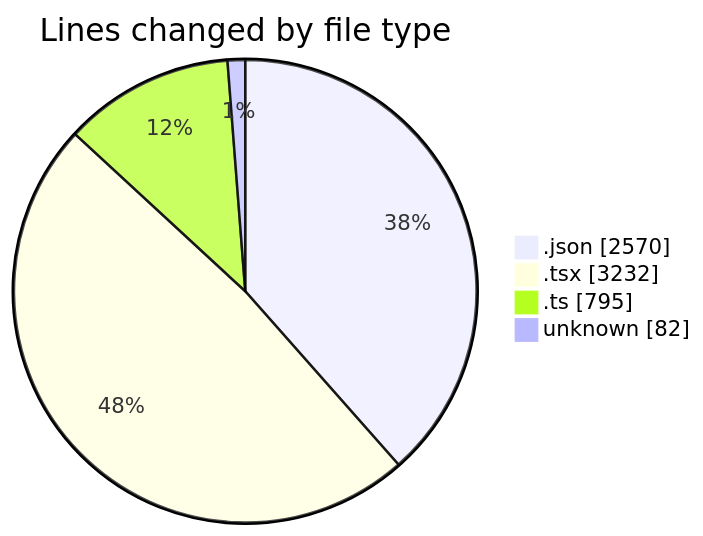
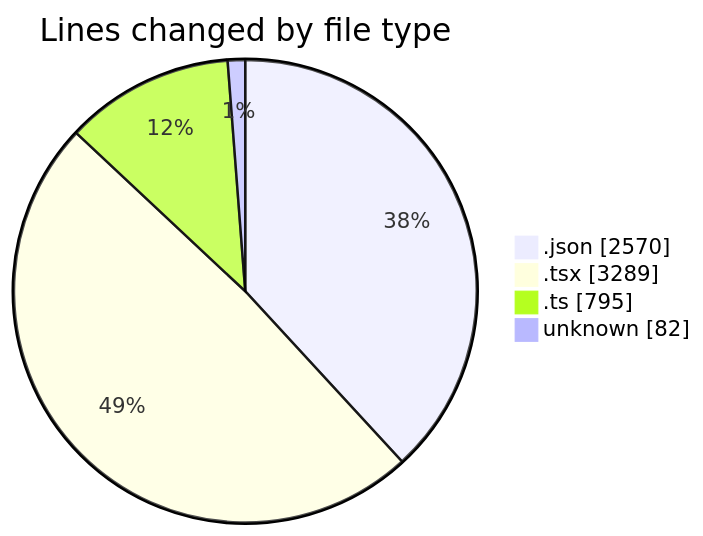
Before and after one commit to julien-gomy/code-tracking: the first of 2 diagrams in 2025-10-29/eventscop-frontend-guide__workspace_/README.md, drawn with Mermaid. The commit also changed other lines of this file and 1 other file, not shown here.

````diff
--- a/2025-10-29/eventscop-frontend-guide__workspace_/README.md
+++ b/2025-10-29/eventscop-frontend-guide__workspace_/README.md
@@ -56,8 +56,8 @@
 ```mermaid
 pie showData
 title Lines changed by file type
 ".json" : 2570
-".tsx" : 3232
+".tsx" : 3289
 ".ts" : 795
 "unknown" : 82
 ```
````
